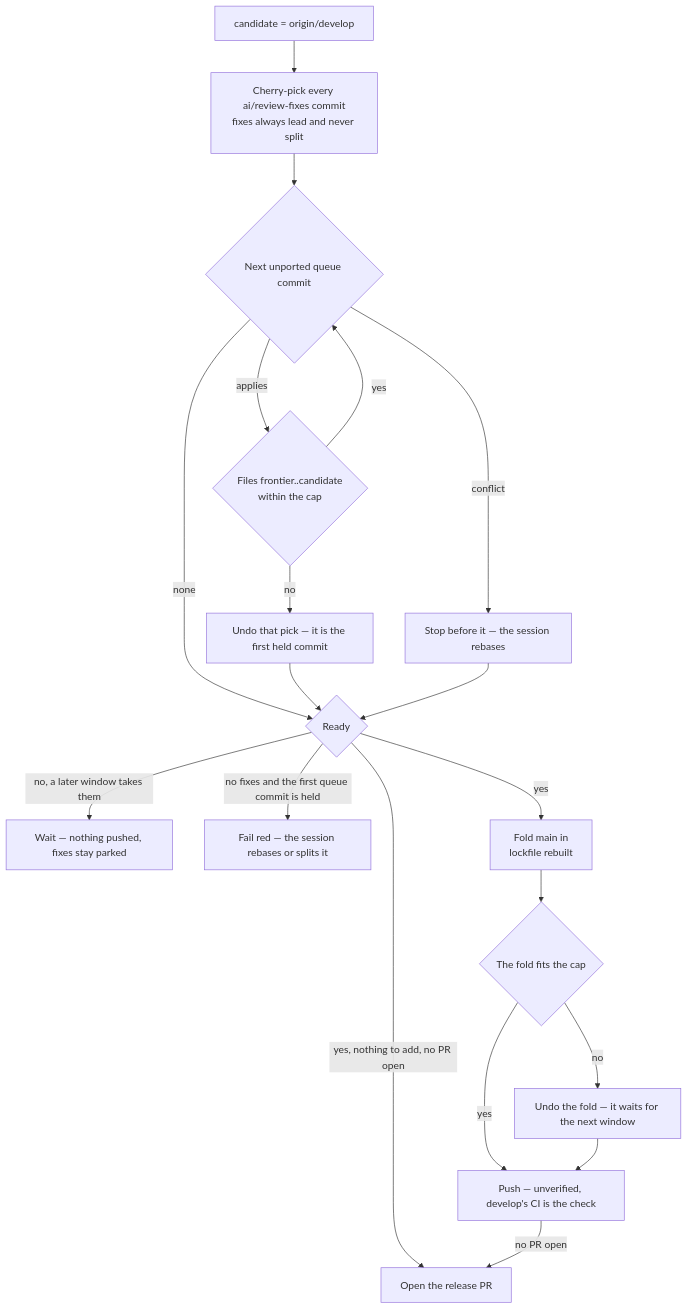
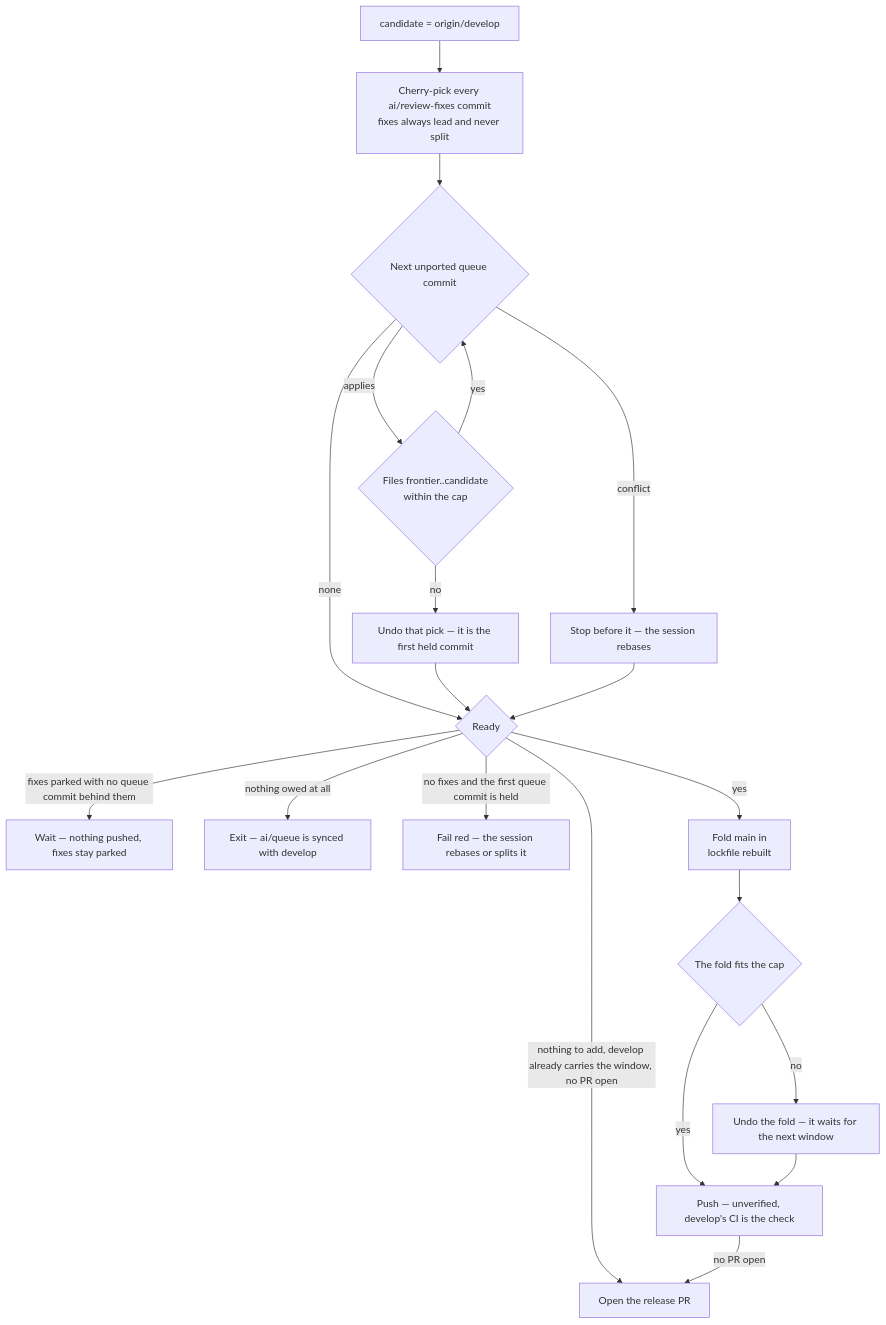
Before and after one commit to Esposter/Esposter: the third of 3 diagrams in apps/web/content/docs/infra/review-collector/collection-cycle.md, drawn with Mermaid. The commit also changed other lines of this file and 15 other files, not shown here.

````diff
--- a/apps/web/content/docs/infra/review-collector/collection-cycle.md
+++ b/apps/web/content/docs/infra/review-collector/collection-cycle.md
@@ -84,19 +84,20 @@
 ```mermaid
 flowchart TD
   C[candidate = origin/develop] --> FX[Cherry-pick every ai/review-fixes commit<br/>fixes always lead and never split]
   FX --> Q{Next unported queue commit}
   Q -->|none| RD
   Q -->|conflict| H[Stop before it — the session rebases]
   Q -->|applies| M{Files frontier..candidate<br/>within the cap}
   M -->|yes| Q
   M -->|no| U[Undo that pick — it is the first held commit]
   U --> RD
   H --> RD{Ready}
-  RD -->|no, a later window takes them| W[Wait — nothing pushed, fixes stay parked]
+  RD -->|fixes parked with no queue commit behind them| W[Wait — nothing pushed, fixes stay parked]
+  RD -->|nothing owed at all| N[Exit — ai/queue is synced with develop]
   RD -->|no fixes and the first queue commit is held| F[Fail red — the session rebases or splits it]
-  RD -->|yes, nothing to add, no PR open| OP[Open the release PR]
+  RD -->|nothing to add, develop already carries the window, no PR open| OP[Open the release PR]
   RD -->|yes| FM[Fold main in<br/>lockfile rebuilt] --> FC{The fold fits the cap}
   FC -->|yes| P[Push — unverified, develop's CI is the check]
   FC -->|no| UF[Undo the fold — it waits for the next window] --> P
   P -->|no PR open| OP
 ```
````
